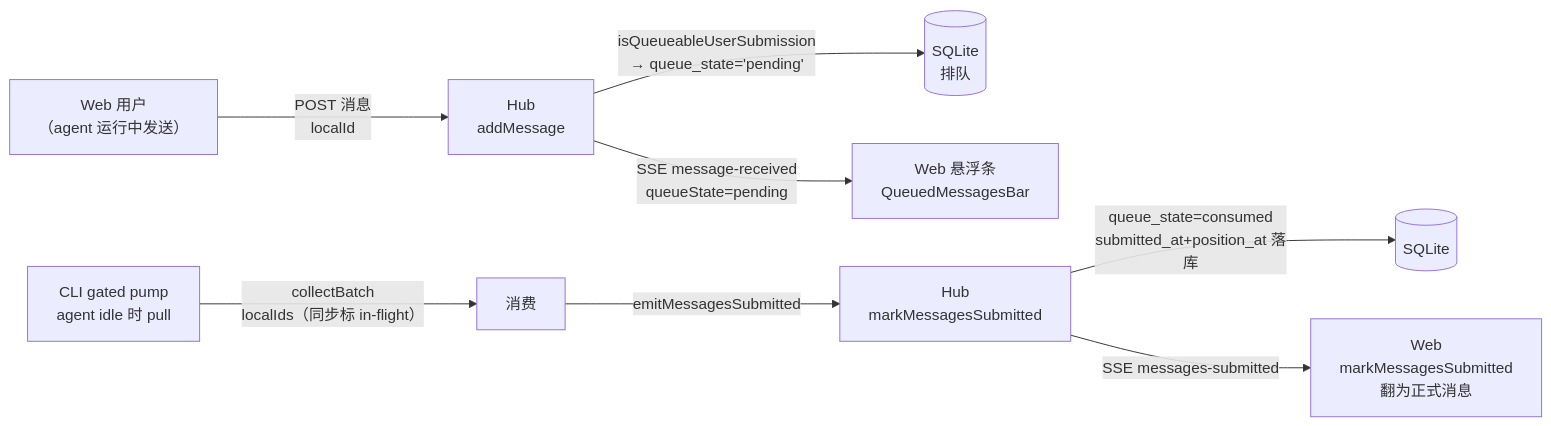
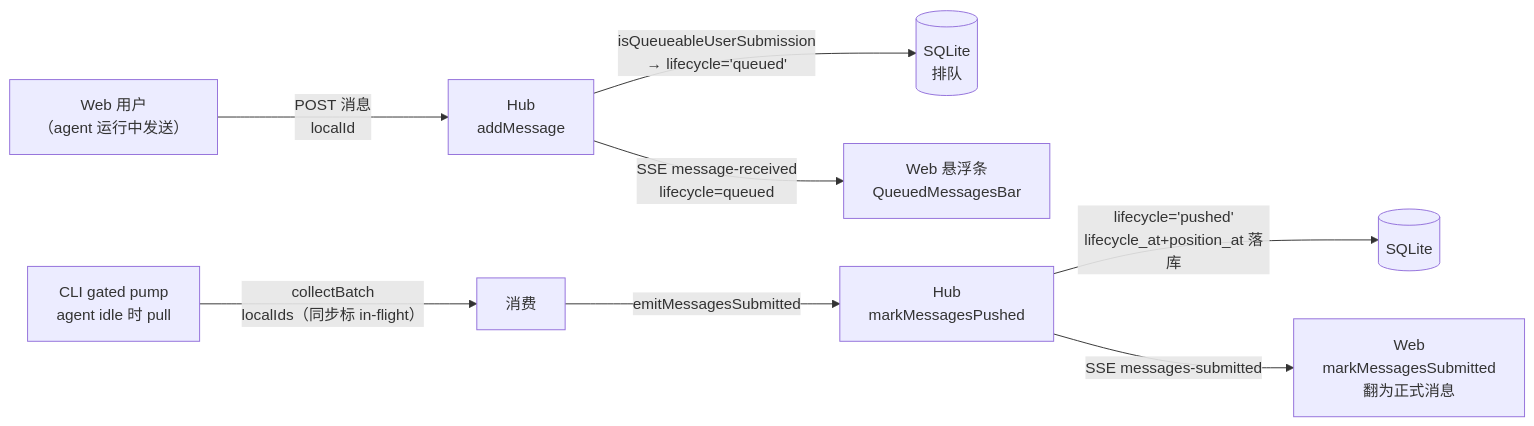
One commit to ModuBit/mobi changed the second of 3 diagrams in docs/architecture/message-lifecycle.md. Above: the diagram before and after it, drawn with Mermaid. The commit also changed other lines of this file and 10 other files, not shown here.

Commit message:
docs(architecture): lifecycle P1 字段重构同步——queueState/submittedAt → lifecycle/lifecycleAt

````diff
--- a/docs/architecture/message-lifecycle.md
+++ b/docs/architecture/message-lifecycle.md
@@ -294,11 +296,11 @@
 ```mermaid
 flowchart LR
     Web["Web 用户<br/>（agent 运行中发送）"] -->|"POST 消息<br/>localId"| Hub["Hub<br/>addMessage"]
-    Hub -->|"isQueueableUserSubmission<br/>→ queue_state='pending'"| DB[("SQLite<br/>排队")]
-    Hub -->|"SSE message-received<br/>queueState=pending"| WebBar["Web 悬浮条<br/>QueuedMessagesBar"]
+    Hub -->|"isQueueableUserSubmission<br/>→ lifecycle='queued'"| DB[("SQLite<br/>排队")]
+    Hub -->|"SSE message-received<br/>lifecycle=queued"| WebBar["Web 悬浮条<br/>QueuedMessagesBar"]
 
     CLI["CLI gated pump<br/>agent idle 时 pull"] -->|"collectBatch<br/>localIds（同步标 in-flight）"| Consume["消费"]
-    Consume -->|"emitMessagesSubmitted"| Hub2["Hub<br/>markMessagesSubmitted"]
-    Hub2 -->|"queue_state=consumed<br/>submitted_at+position_at 落库"| DB2[("SQLite")]
+    Consume -->|"emitMessagesSubmitted"| Hub2["Hub<br/>markMessagesPushed"]
+    Hub2 -->|"lifecycle='pushed'<br/>lifecycle_at+position_at 落库"| DB2[("SQLite")]
     Hub2 -->|"SSE messages-submitted"| WebFinal["Web<br/>markMessagesSubmitted<br/>翻为正式消息"]
 ```
````
